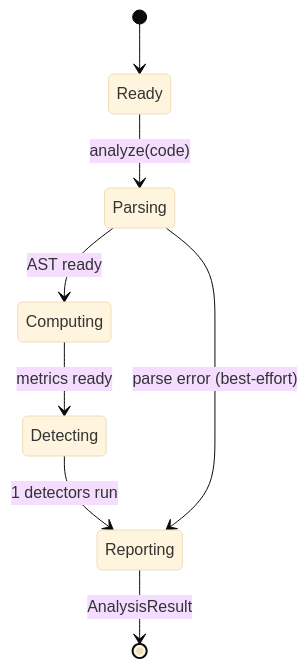
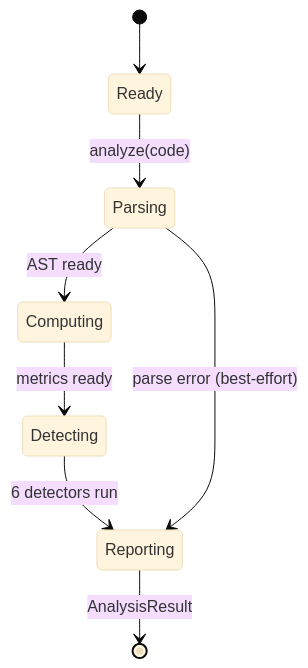
One commit to Anselmoo/mcp-zen-of-languages changed the fourth of 4 diagrams in docs/user-guide/frameworks/sqlalchemy.md. Above: the diagram before and after it, drawn with Mermaid. The commit also changed other lines of this file and 41 other files, not shown here.

````diff
--- a/docs/user-guide/frameworks/sqlalchemy.md
+++ b/docs/user-guide/frameworks/sqlalchemy.md
@@ -175,11 +215,11 @@
     ```mermaid
     %%{init: {"theme": "base"}}%%
     stateDiagram-v2
         [*] --> Ready
         Ready --> Parsing : analyze(code)
         Parsing --> Computing : AST ready
         Computing --> Detecting : metrics ready
-        Detecting --> Reporting : 1 detectors run
+        Detecting --> Reporting : 6 detectors run
         Reporting --> [*] : AnalysisResult
         Parsing --> Reporting : parse error (best-effort)
     ```
````
